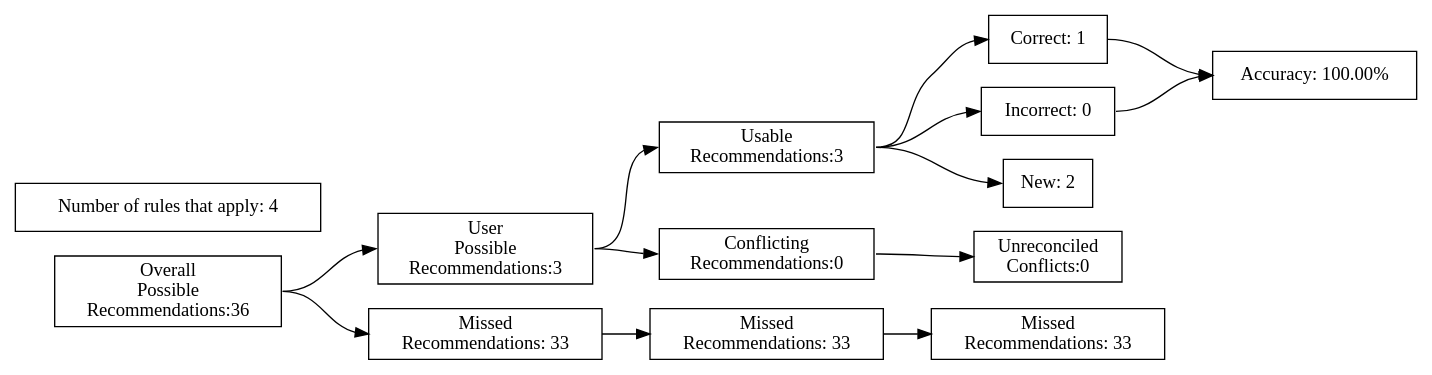
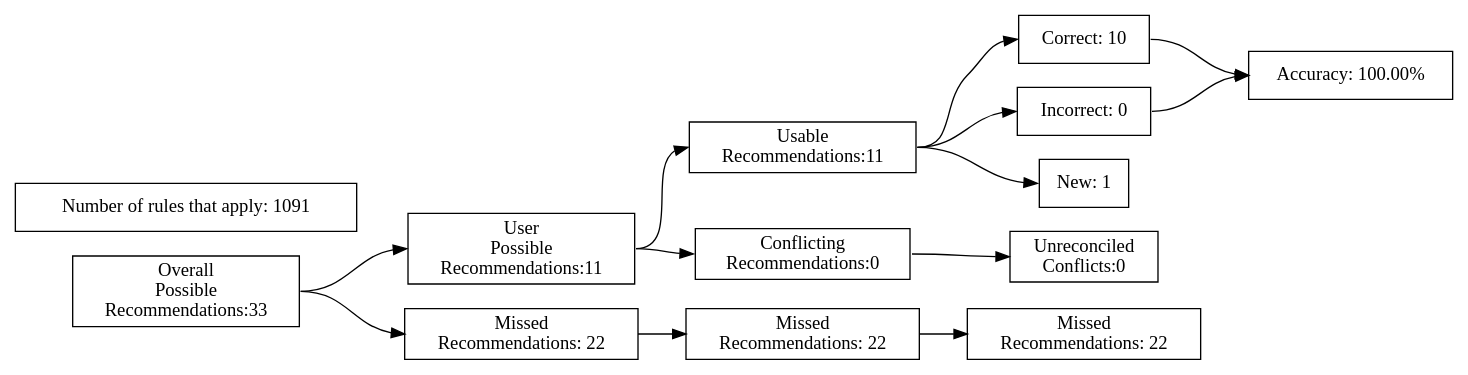
One commit to ZaxR/ibd_diet_analysis changed the diagram in test_renders/8.gv. Above: the diagram before and after it, drawn with Graphviz. The commit also changed 228 other files, not shown here.

```diff
--- a/test_renders/8.gv
+++ b/test_renders/8.gv
@@ -1,40 +1,40 @@
 digraph {
 	graph [rankdir=LR]
 	node [pos=r shape=box]
 	edge [headport=w tailport=e]
 		A [label="Overall
 Possible
-Recommendations:36"]
+Recommendations:33"]
 		B [label="User
 Possible
-Recommendations:3"]
+Recommendations:11"]
 		C [label="Missed
-Recommendations: 33"]
+Recommendations: 22"]
 		D [label="Usable
-Recommendations:3"]
+Recommendations:11"]
 		E [label="Conflicting
 Recommendations:0"]
 		J [label="Missed
-Recommendations: 33"]
+Recommendations: 22"]
 		M [label="Unreconciled
 Conflicts:0"]
-		F [label="Correct: 1"]
+		F [label="Correct: 10"]
 		G [label="Incorrect: 0"]
-		H [label="New: 2"]
+		H [label="New: 1"]
 		K [label="Missed
-Recommendations: 33"]
+Recommendations: 22"]
 		I [label="Accuracy: 100.00%"]
-		l [label="Number of rules that apply: 4"]
+		l [label="Number of rules that apply: 1091"]
 			A -> B
 			A -> C
 			B -> D
 			B -> E
 			D -> F
 			D -> G
 			D -> H
 			F -> I
 			G -> I
 			C -> J
 			J -> K
 			E -> M
 }
```
